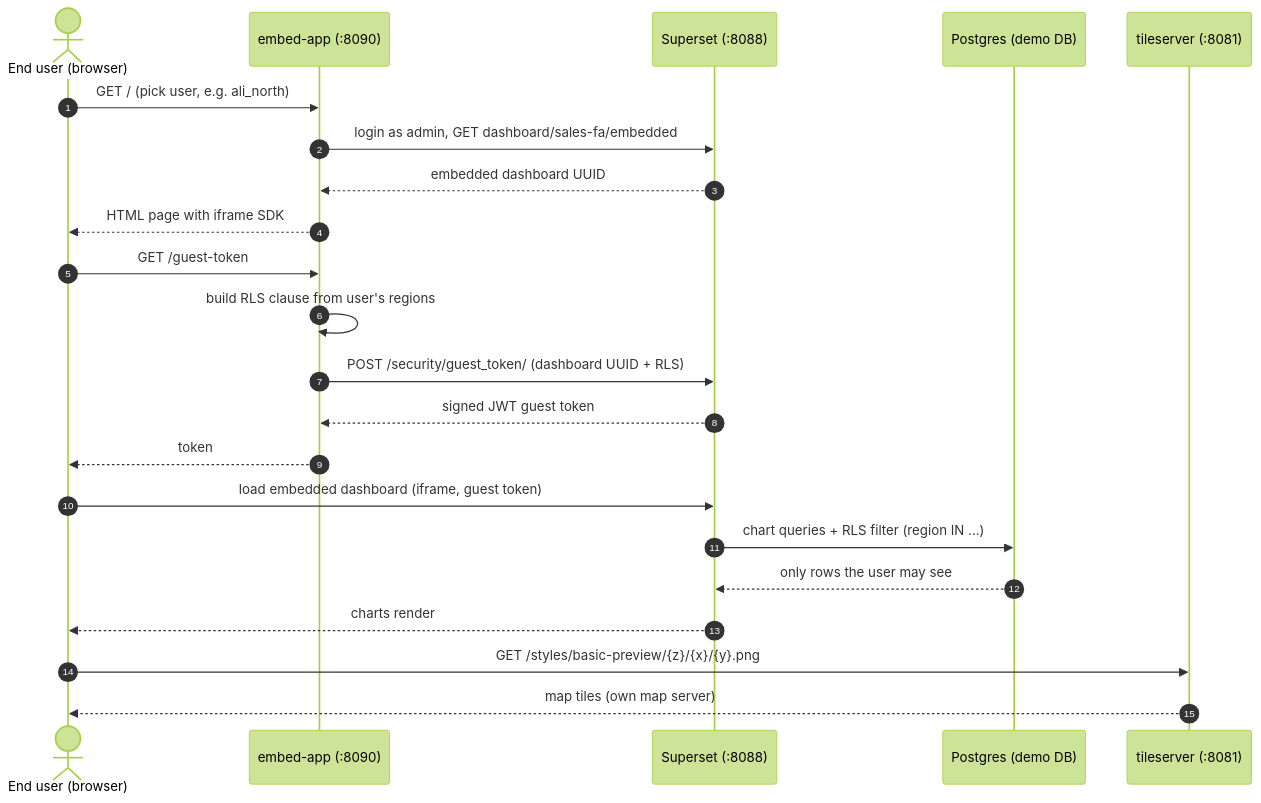
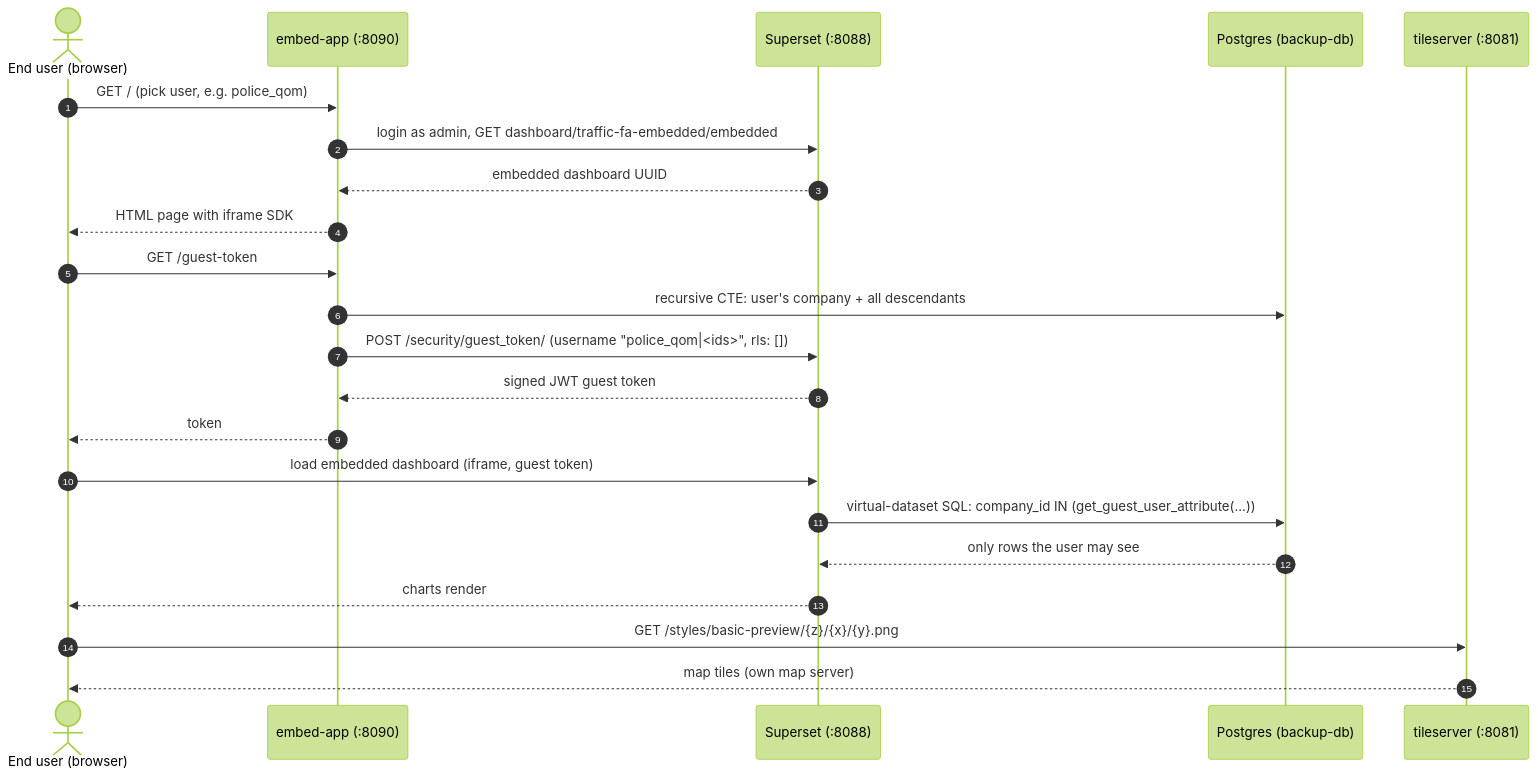
Before and after one commit to alip990/superset-demo: the second of 2 diagrams in README.md, drawn with Mermaid (forest theme). The commit also changed other lines of this file and 6 other files, not shown here.

First line of the commit message:
Scope embedded dashboards by company tree via guest-user attribute polyfill

````diff
--- a/README.md
+++ b/README.md
@@ -57,27 +57,27 @@
 ```mermaid
 sequenceDiagram
     autonumber
     actor U as End user (browser)
     participant EA as embed-app (:8090)
     participant SS as Superset (:8088)
-    participant PG as Postgres (demo DB)
+    participant PG as Postgres (backup-db)
     participant TS as tileserver (:8081)
 
-    U->>EA: GET / (pick user, e.g. ali_north)
-    EA->>SS: login as admin, GET dashboard/sales-fa/embedded
+    U->>EA: GET / (pick user, e.g. police_qom)
+    EA->>SS: login as admin, GET dashboard/traffic-fa-embedded/embedded
     SS-->>EA: embedded dashboard UUID
     EA-->>U: HTML page with iframe SDK
 
     U->>EA: GET /guest-token
-    EA->>EA: build RLS clause from user's regions
-    EA->>SS: POST /security/guest_token/ (dashboard UUID + RLS)
+    EA->>PG: recursive CTE: user's company + all descendants
+    EA->>SS: POST /security/guest_token/ (username "police_qom|<ids>", rls: [])
     SS-->>EA: signed JWT guest token
     EA-->>U: token
 
     U->>SS: load embedded dashboard (iframe, guest token)
-    SS->>PG: chart queries + RLS filter (region IN ...)
+    SS->>PG: virtual-dataset SQL: company_id IN (get_guest_user_attribute(...))
     PG-->>SS: only rows the user may see
     SS-->>U: charts render
     U->>TS: GET /styles/basic-preview/{z}/{x}/{y}.png
     TS-->>U: map tiles (own map server)
 ```
````
